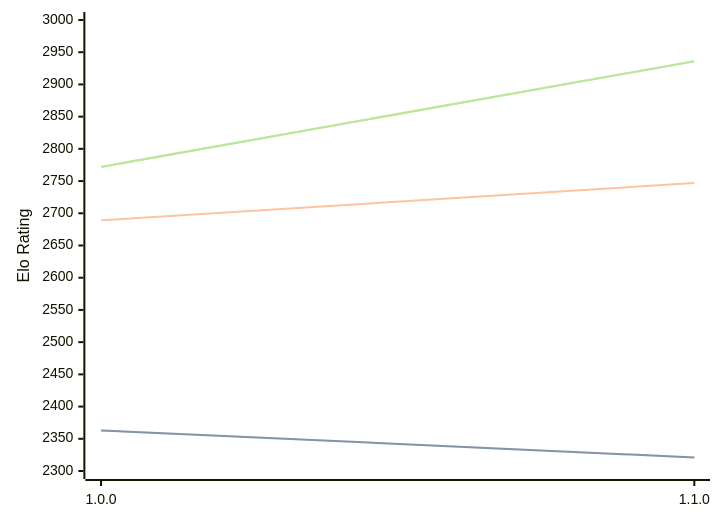
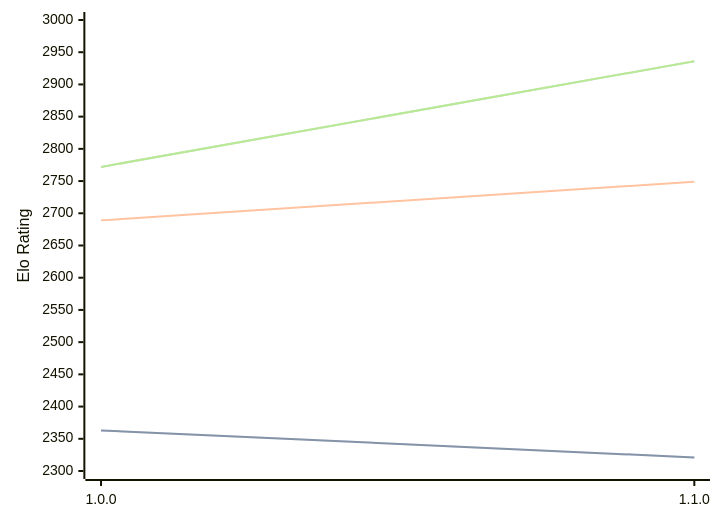
Before and after one commit to computer-chess-index/cci: the diagram in engines/ShallowGuess.md, drawn with Mermaid. The commit also changed other lines of this file, not shown here.

````diff
--- a/engines/ShallowGuess.md
+++ b/engines/ShallowGuess.md
@@ -36,11 +36,11 @@
 ```mermaid
 %%{init: {"theme":"base","themeVariables":{"seriesColors:['#a3a3a3','#222221','#faa371']}}}%%
 xychart-beta
   x-axis ["1.0.0", "1.1.0"]
   y-axis "Elo Rating" 2300 --> 3000
   line "STC (8.0+0.08s)" [2363, 2321]
   line "STC (8.0+0.08s)" [2363, 2321]
-  line "LTC (60.0+0.60s)" [2689, 2747]
+  line "LTC (60.0+0.60s)" [2689, 2749]
   line "VLTC (2m24s+1.12s)" [2772, 2936]
   line "VLTC (2m24s+1.12s)" [2772, 2936]
 ```
````
